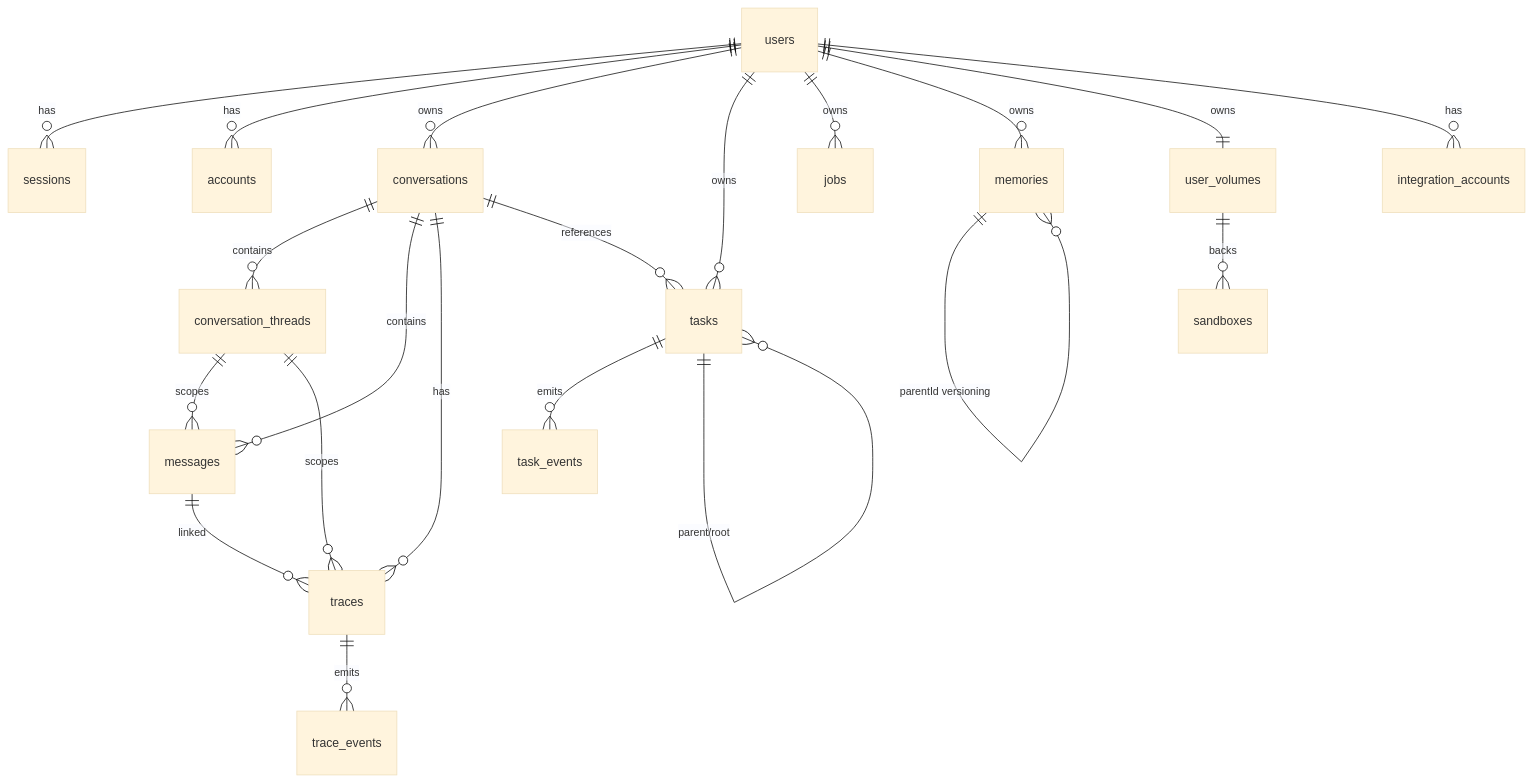
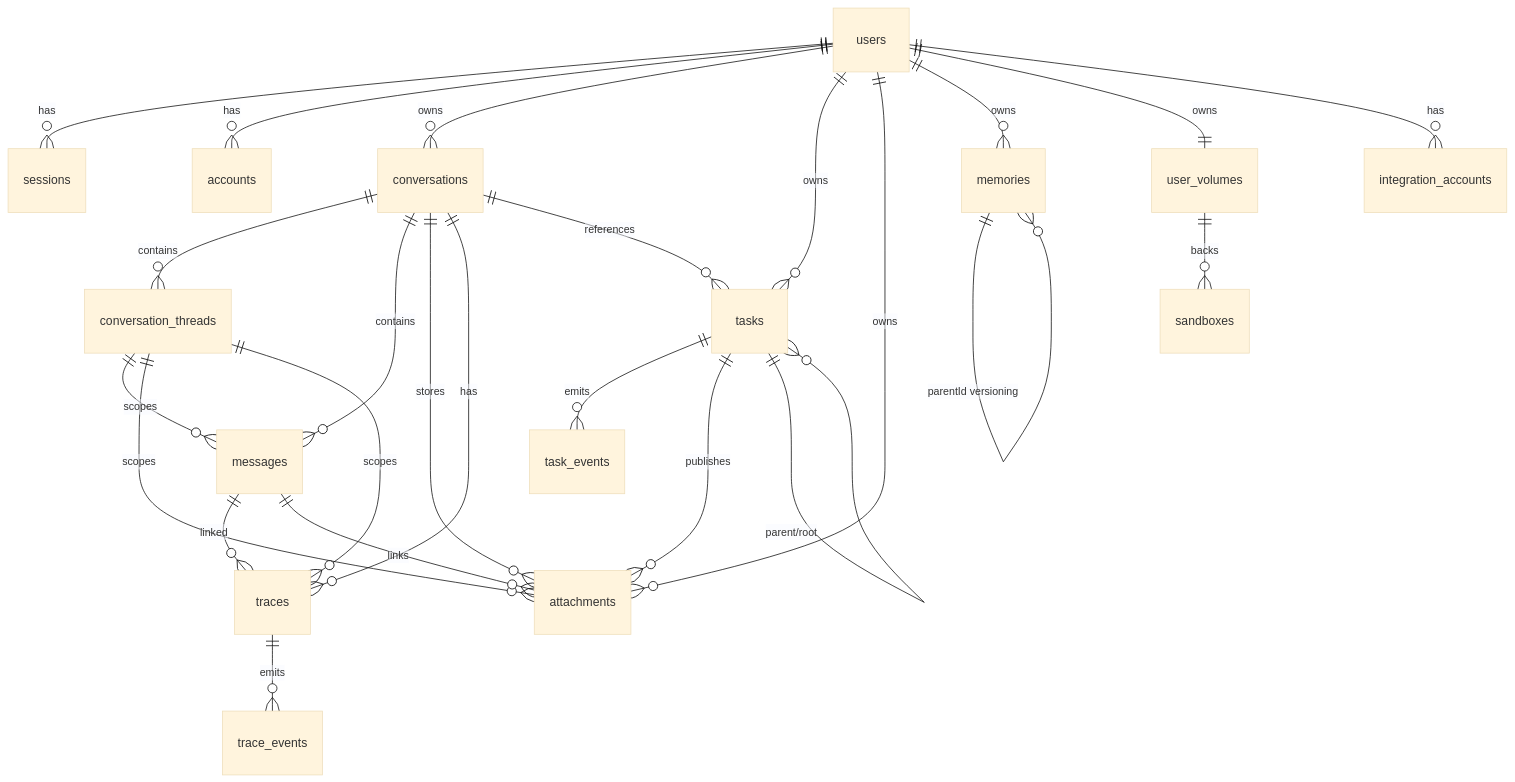
One commit to punitarani/amby changed the diagram in docs/DATA_MODEL.md. Above: the diagram before and after it, drawn with Mermaid (base theme). The commit also changed other lines of this file and 57 other files, not shown here.

Commit message:
Add Telegram attachment pipeline and document chat flow

````diff
--- a/docs/DATA_MODEL.md
+++ b/docs/DATA_MODEL.md
@@ -16,36 +16,40 @@
 ```mermaid
 erDiagram
     %% Users & Auth
     users ||--o{ sessions : has
     users ||--o{ accounts : has
     users ||--o{ conversations : owns
     users ||--o{ tasks : owns
-    users ||--o{ jobs : owns
+    users ||--o{ attachments : owns
     users ||--o{ memories : owns
     users ||--|| user_volumes : owns
 
     %% Conversations
     conversations ||--o{ conversation_threads : contains
     conversations ||--o{ messages : contains
+    conversations ||--o{ attachments : stores
     conversations ||--o{ traces : has
     conversations ||--o{ tasks : references
     conversation_threads ||--o{ messages : scopes
+    conversation_threads ||--o{ attachments : scopes
     conversation_threads ||--o{ traces : scopes
 
     %% Execution
     messages ||--o{ traces : linked
+    messages ||--o{ attachments : links
     traces ||--o{ trace_events : emits
 
     %% Tasks
     tasks ||--o{ task_events : emits
+    tasks ||--o{ attachments : publishes
     tasks ||--o{ tasks : "parent/root"
 
     %% Compute
     user_volumes ||--o{ sandboxes : backs
 
     %% Memories
     memories ||--o{ memories : "parentId versioning"
 
     %% Integrations
     users ||--o{ integration_accounts : has
 ```
````
